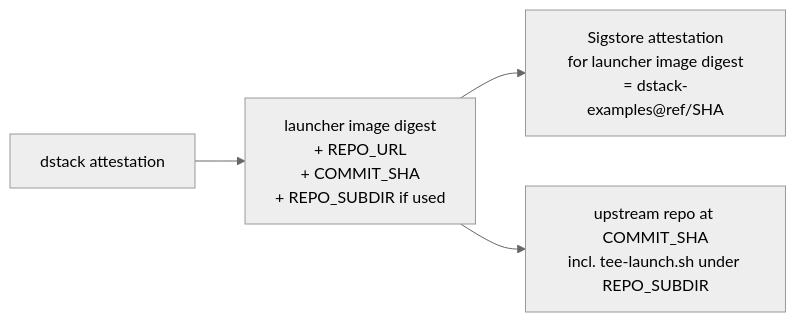
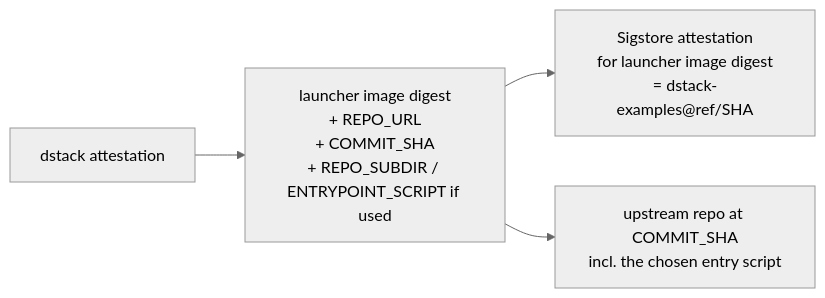
The first of 3 diagrams in trusted-workload-launcher/VERIFY.md (Dstack-TEE/dstack-examples), drawn with Mermaid (neutral theme) before and after one commit. The commit also changed other lines of this file and 4 other files, not shown here.

````diff
--- a/trusted-workload-launcher/VERIFY.md
+++ b/trusted-workload-launcher/VERIFY.md
@@ -16,6 +17,6 @@
 ```mermaid
 flowchart LR
-    A[dstack attestation] --> B[launcher image digest<br/>+ REPO_URL<br/>+ COMMIT_SHA<br/>+ REPO_SUBDIR if used]
+    A[dstack attestation] --> B[launcher image digest<br/>+ REPO_URL<br/>+ COMMIT_SHA<br/>+ REPO_SUBDIR / ENTRYPOINT_SCRIPT if used]
     B --> C[Sigstore attestation<br/>for launcher image digest<br/>= dstack-examples@ref/SHA]
-    B --> D[upstream repo at COMMIT_SHA<br/>incl. tee-launch.sh under REPO_SUBDIR]
+    B --> D[upstream repo at COMMIT_SHA<br/>incl. the chosen entry script]
 ```
````
